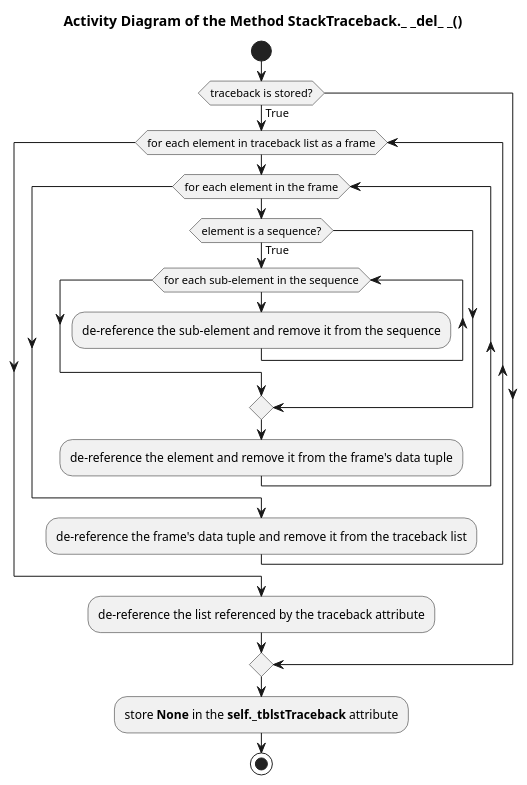
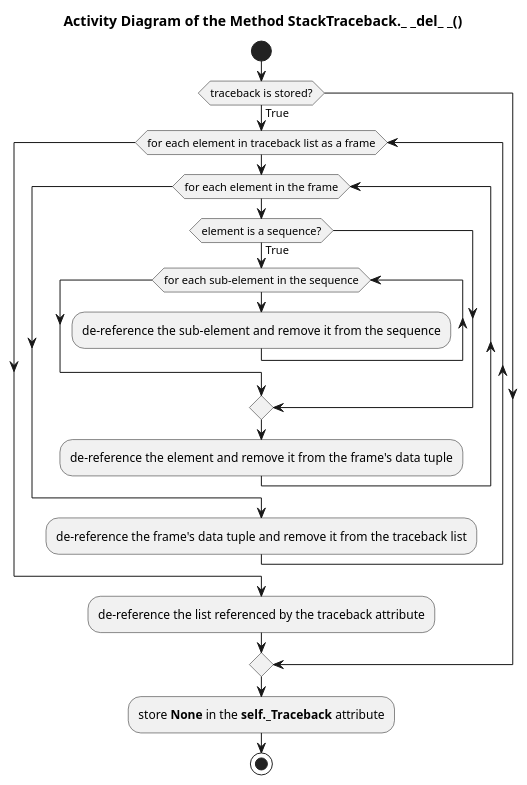
The diagram in Documentation/UML/traceback/traceback_stacktraceback_del.pu (FooBarShebang/introspection_lib), drawn with PlantUML before and after one commit. The commit also changed 22 other files, not shown here.

```diff
--- a/Documentation/UML/traceback/traceback_stacktraceback_del.pu
+++ b/Documentation/UML/traceback/traceback_stacktraceback_del.pu
@@ -1,29 +1,29 @@
 @startuml traceback_stacktraceback_del
 
 title Activity Diagram of the Method StackTraceback._ _del_ _()
 
 start
 
 if (traceback is stored?) then (True)
     while (for each element in traceback list as a frame)
         while (for each element in the frame)
             if (element is a sequence?) then (True)
                 while (for each sub-element in the sequence)
                     :de-reference the sub-element and remove it from the sequence;
                 end while
             endif
 
             :de-reference the element and remove it from the frame's data tuple;
         end while
 
         :de-reference the frame's data tuple and remove it from the traceback list;
     end while
 
     :de-reference the list referenced by the traceback attribute;
 endif
 
-:store <b>None</b> in the <b>self._tblstTraceback</b> attribute;
+:store <b>None</b> in the <b>self._Traceback</b> attribute;
 
 stop
 
 @enduml
```
